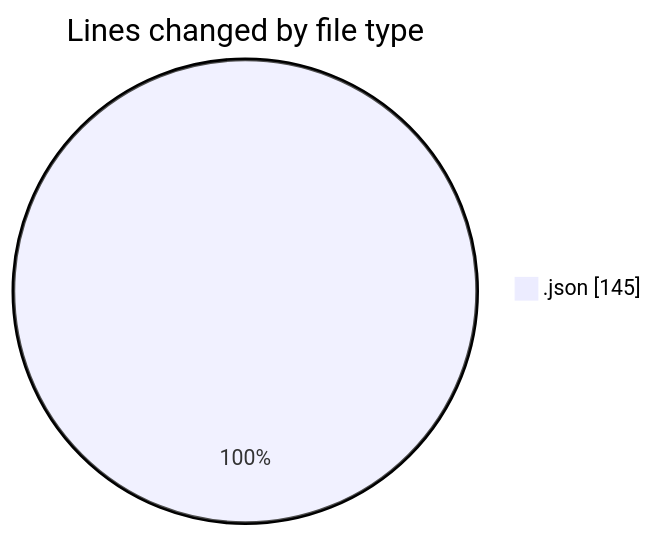
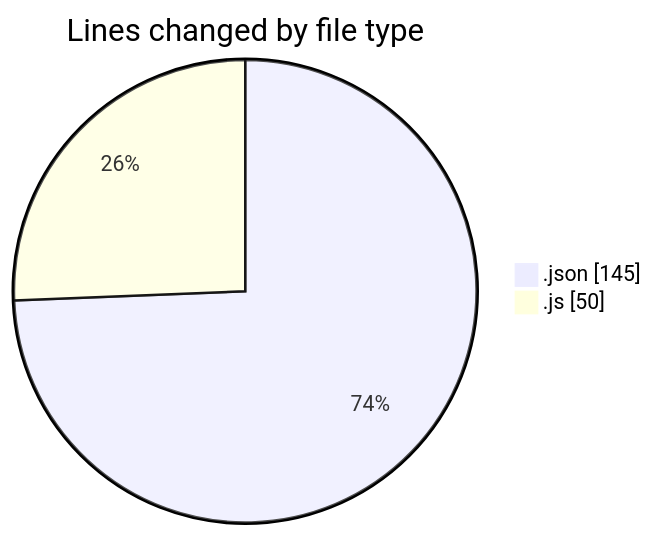
One commit to yexinjia/code-tracking changed the first of 2 diagrams in 2026-08-01/mono-test/README.md. Above: the diagram before and after it, drawn with Mermaid. The commit also changed other lines of this file and 1 other file, not shown here.

````diff
--- a/2026-08-01/mono-test/README.md
+++ b/2026-08-01/mono-test/README.md
@@ -20,5 +21,6 @@
 ```mermaid
 pie showData
 title Lines changed by file type
 ".json" : 145
+".js" : 50
 ```
````
